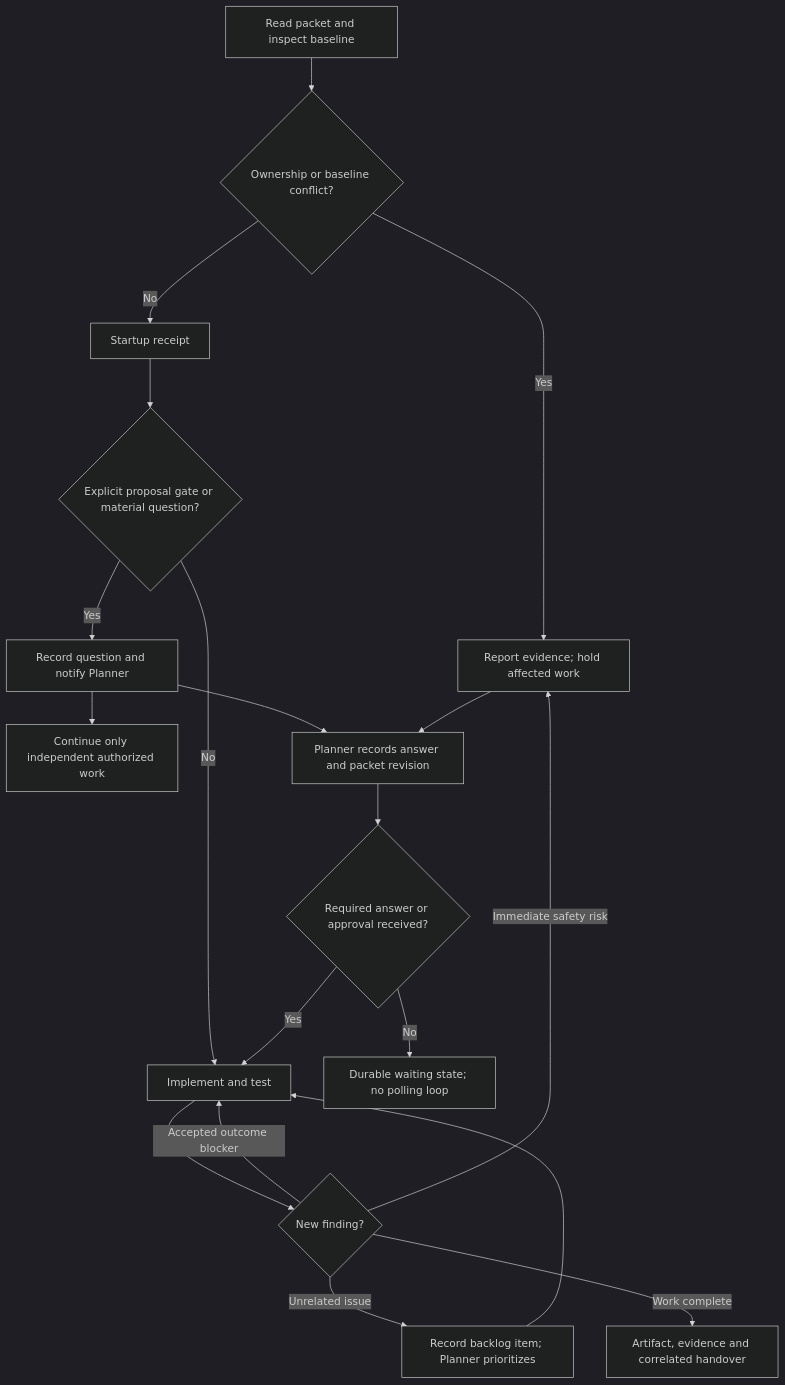
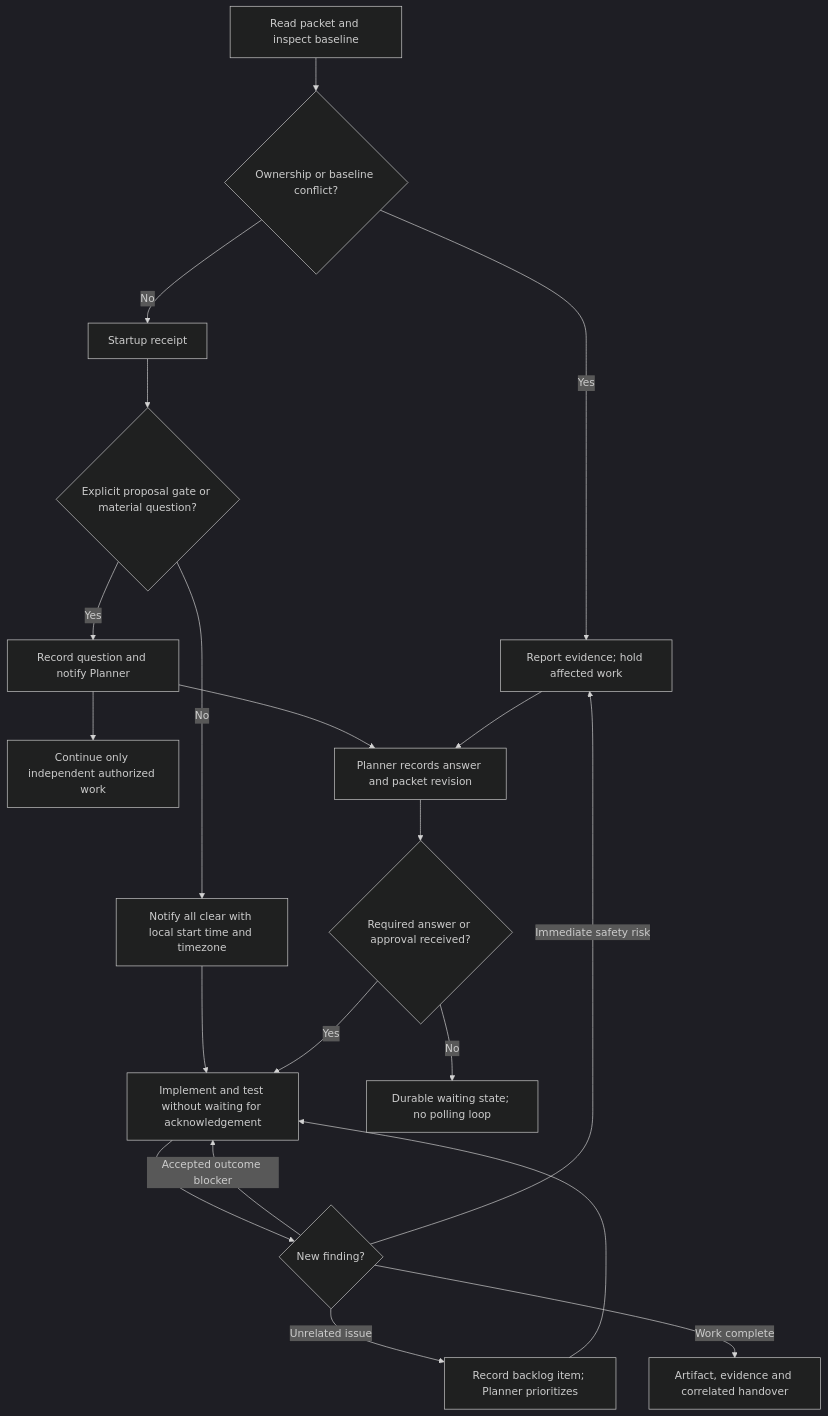
The fourth of 10 diagrams in skills/interchange/references/diagrams.md (rodrigolmiranda/agent-skills), drawn with Mermaid (dark theme) before and after one commit. The commit also changed other lines of this file and 8 other files, not shown here.

````diff
--- a/skills/interchange/references/diagrams.md
+++ b/skills/interchange/references/diagrams.md
@@ -78,21 +78,22 @@
 ```mermaid
 flowchart TD
   A[Read packet and inspect baseline] --> B{Ownership or baseline conflict?}
   B -->|Yes| C[Report evidence; hold affected work]
   B -->|No| D[Startup receipt]
   D --> E{Explicit proposal gate or material question?}
-  E -->|No| F[Implement and test]
+  E -->|No| S[Notify all clear with local start time and timezone]
+  S --> F[Implement and test without waiting for acknowledgement]
   E -->|Yes| G[Record question and notify Planner]
   G --> H[Continue only independent authorized work]
   G --> I[Planner records answer and packet revision]
   I --> J{Required answer or approval received?}
   J -->|No| K[Durable waiting state; no polling loop]
   J -->|Yes| F
   C --> I
   F --> L{New finding?}
   L -->|Accepted outcome blocker| F
   L -->|Unrelated issue| M[Record backlog item; Planner prioritizes]
   M --> F
   L -->|Immediate safety risk| C
   L -->|Work complete| N[Artifact, evidence and correlated handover]
 ```
````
